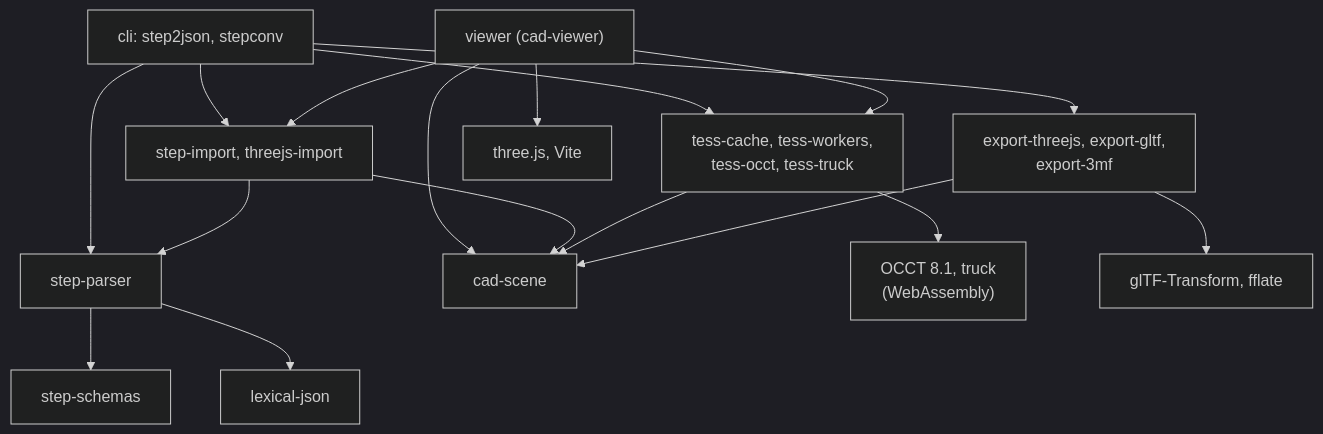
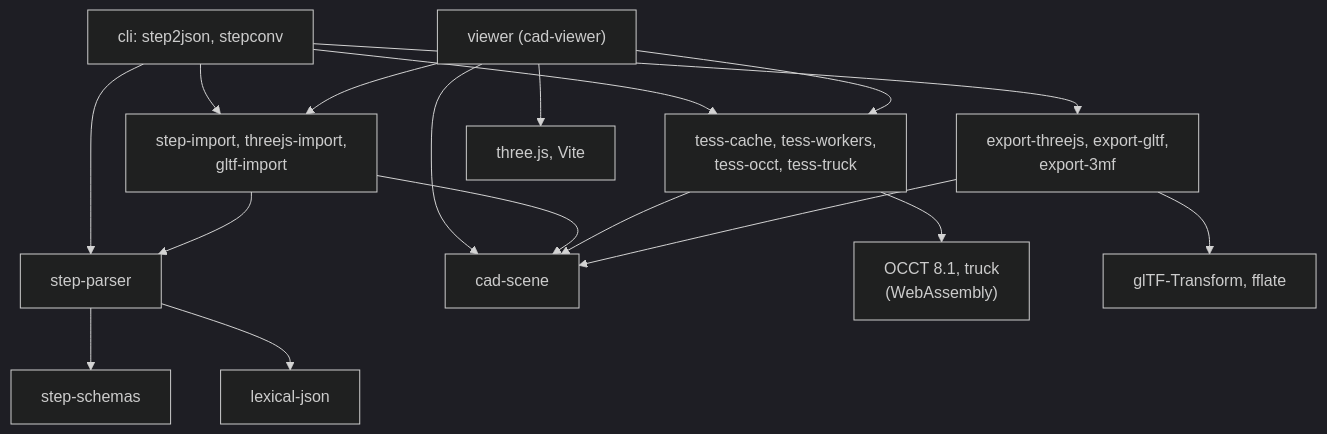
The first of 5 diagrams in README.md (martyvona/cad-io-js), drawn with Mermaid (dark theme) before and after one commit. The commit also changed other lines of this file and 10 other files, not shown here.

First line of the commit message:
gltf-import: glTF and GLB (Draco, meshopt) to the scene model; instanced placements put back in the tree

````diff
--- a/README.md
+++ b/README.md
@@ -415,22 +415,22 @@
 ```mermaid
 flowchart TD
   cli["cli: step2json, stepconv"]
-  imp["step-import, threejs-import"]
+  imp["step-import, threejs-import,<br/>gltf-import"]
   parser["step-parser"]
   schemas["step-schemas"]
   ljson["lexical-json"]
   tess["tess-cache, tess-workers,<br/>tess-occt, tess-truck"]
   exp["export-threejs, export-gltf,<br/>export-3mf"]
   scene["cad-scene"]
   viewer["viewer (cad-viewer)"]
   cli --> imp & tess & exp
   viewer --> imp & tess & scene
   viewer --> three["three.js, Vite"]
   cli --> parser
   imp --> parser & scene
   parser --> schemas & ljson
   tess --> scene
   exp --> scene
   tess --> wasm["OCCT 8.1, truck<br/>(WebAssembly)"]
   exp --> libs["glTF-Transform, fflate"]
 ```
````
